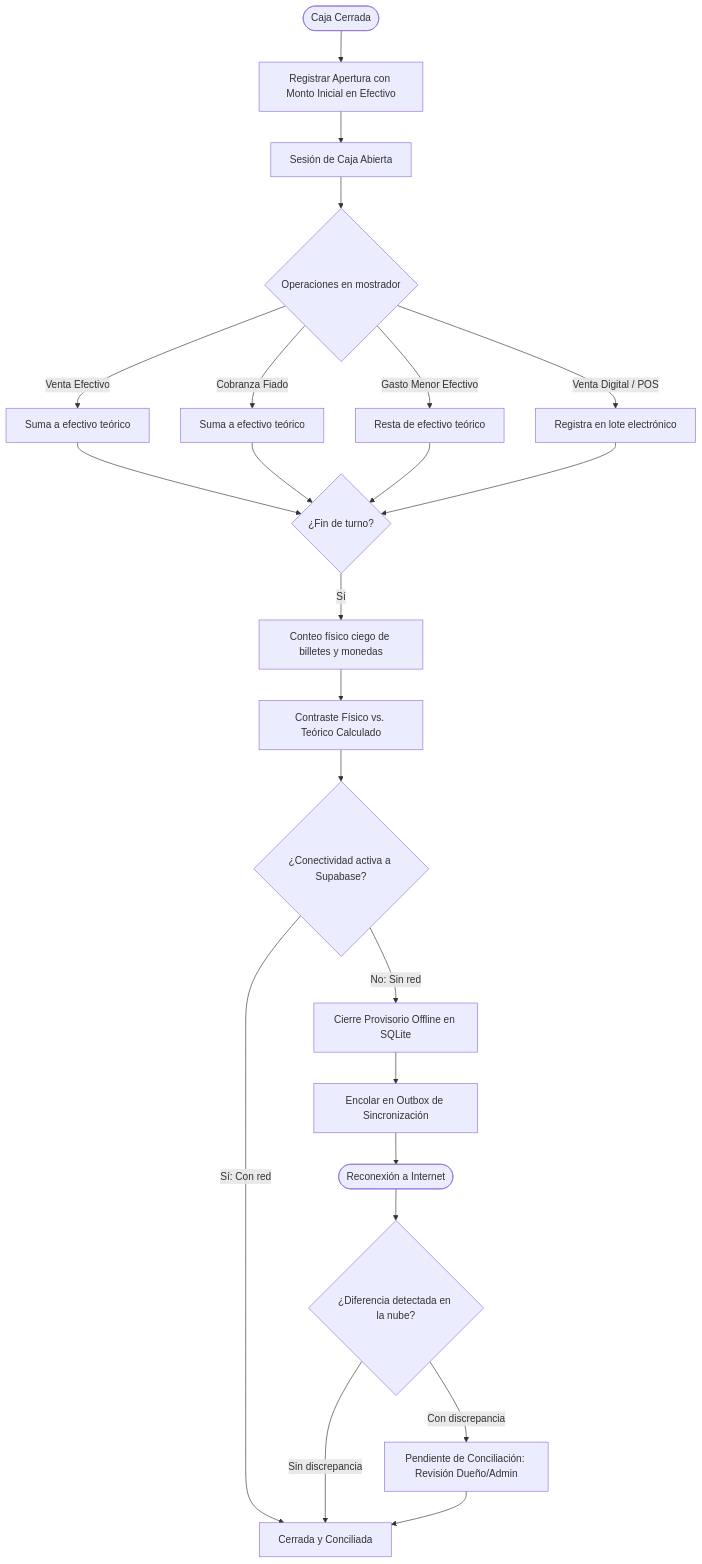
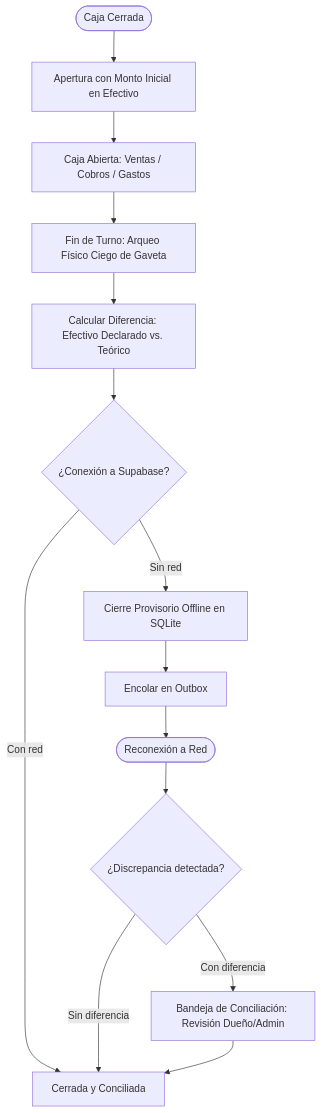
Before and after one commit to JMedina255/Proyecto_tienda: the third of 4 diagrams in docs/01-requerimientos/SRS.md, drawn with Mermaid. The commit also changed other lines of this file and 8 other files, not shown here.

````diff
--- a/docs/01-requerimientos/SRS.md
+++ b/docs/01-requerimientos/SRS.md
@@ -800,29 +377,17 @@
 ```mermaid
 flowchart TD
-    CajaCerrada([Caja Cerrada]) --> Apertura[Registrar Apertura con Monto Inicial en Efectivo]
-    Apertura --> CajaAbierta[Sesión de Caja Abierta]
+    CajaClosed([Caja Cerrada]) --> OpenBox[Apertura con Monto Inicial en Efectivo]
+    OpenBox --> BoxOpen[Caja Abierta: Ventas / Cobros / Gastos]
+    BoxOpen --> EndShift[Fin de Turno: Arqueo Físico Ciego de Gaveta]
+    EndShift --> Comp[Calcular Diferencia: Efectivo Declarado vs. Teórico]
 
-    CajaAbierta --> Operaciones{Operaciones en mostrador}
-    Operaciones -->|Venta Efectivo| IngresoVenta[Suma a efectivo teórico]
-    Operaciones -->|Cobranza Fiado| IngresoCobro[Suma a efectivo teórico]
-    Operaciones -->|Gasto Menor Efectivo| EgresoGasto[Resta de efectivo teórico]
-    Operaciones -->|Venta Digital / POS| RegElect[Registra en lote electrónico]
+    Comp --> NetCheck{¿Conexión a Supabase?}
+    NetCheck -->|Con red| SyncClean[Cerrada y Conciliada]
+    NetCheck -->|Sin red| SyncOff[Cierre Provisorio Offline en SQLite]
 
-    IngresoVenta --> TurnoFin{¿Fin de turno?}
-    IngresoCobro --> TurnoFin
-    EgresoGasto --> TurnoFin
-    RegElect --> TurnoFin
-
-    TurnoFin -->|Sí| ArqueoCiego[Conteo físico ciego de billetes y monedas]
-    ArqueoCiego --> Comparacion[Contraste Físico vs. Teórico Calculado]
-    Comparacion --> CheckRed{¿Conectividad activa a Supabase?}
-
-    CheckRed -->|Sí: Con red| CierreOnline[Cerrada y Conciliada]
-    CheckRed -->|No: Sin red| CierreOffline[Cierre Provisorio Offline en SQLite]
-    CierreOffline --> Outbox[Encolar en Outbox de Sincronización]
-    Outbox --> Reconexion([Reconexión a Internet])
-    Reconexion --> ConciliacionRemota{¿Diferencia detectada en la nube?}
-    ConciliacionRemota -->|Sin discrepancia| CierreOnline
-    ConciliacionRemota -->|Con discrepancia| BandejaAdmin[Pendiente de Conciliación: Revisión Dueño/Admin]
-    BandejaAdmin --> CierreOnline
+    SyncOff --> OutboxQueue[Encolar en Outbox] --> Reconexion([Reconexión a Red])
+    Reconexion --> ServerCheck{¿Discrepancia detectada?}
+    ServerCheck -->|Sin diferencia| SyncClean
+    ServerCheck -->|Con diferencia| AdminReview[Bandeja de Conciliación: Revisión Dueño/Admin]
+    AdminReview --> SyncClean
 ```
````
